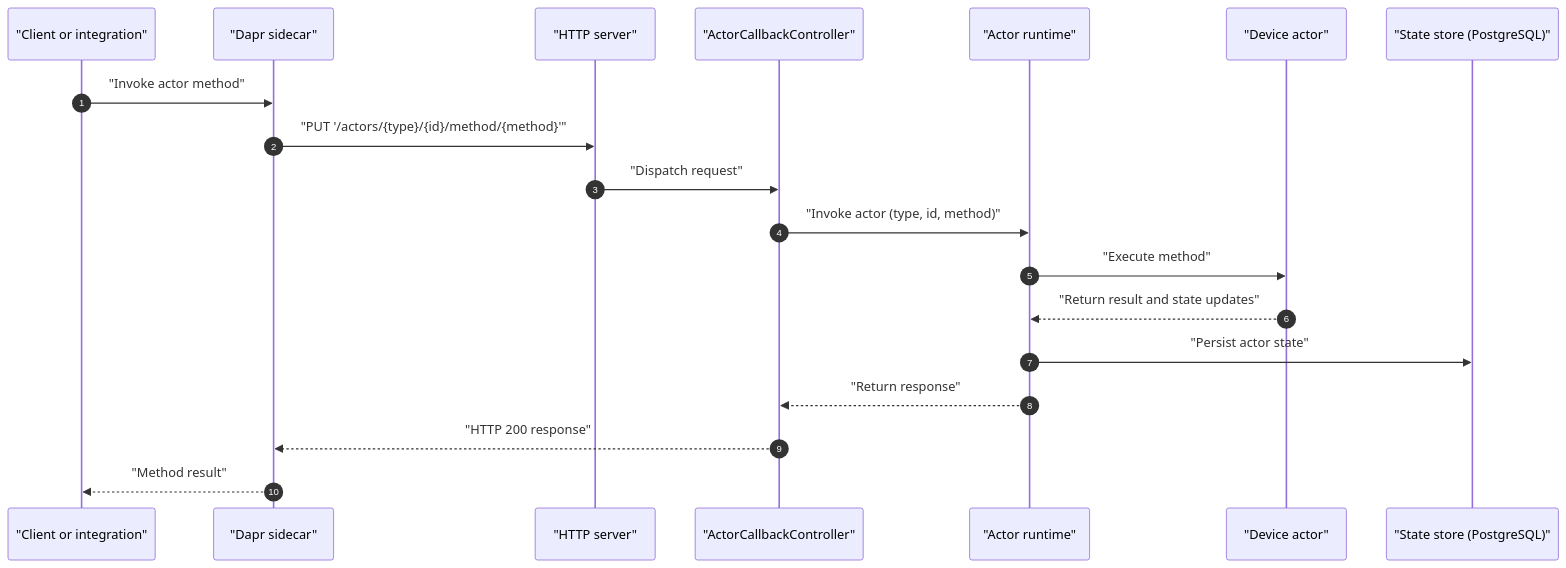
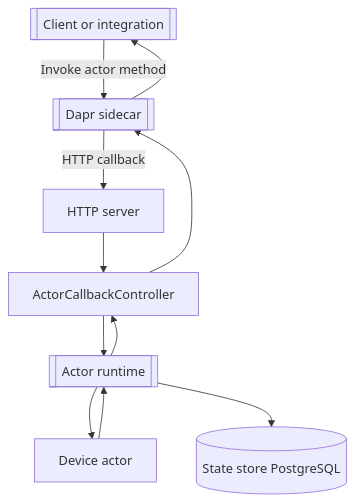
The second of 2 diagrams in app/command-orchestrator/architecture/README.md (sbhrwl/microservices), drawn with Mermaid before and after one commit.

````diff
--- a/app/command-orchestrator/architecture/README.md
+++ b/app/command-orchestrator/architecture/README.md
@@ -79,22 +79,21 @@
 ```mermaid
-sequenceDiagram
-  autonumber
-  participant C as "Client or integration"
-  participant D as "Dapr sidecar"
-  participant H as "HTTP server"
-  participant Ctl as "ActorCallbackController"
-  participant R as "Actor runtime"
-  participant A as "Device actor"
-  participant S as "State store (PostgreSQL)"
+flowchart TD
+  C[[Client or integration]]
+  D[[Dapr sidecar]]
+  H[HTTP server]
+  Ctl[ActorCallbackController]
+  R[[Actor runtime]]
+  A[Device actor]
+  S[(State store PostgreSQL)]
 
-  C->>D: "Invoke actor method"
-  D->>H: "PUT '/actors/{type}/{id}/method/{method}'"
-  H->>Ctl: "Dispatch request"
-  Ctl->>R: "Invoke actor (type, id, method)"
-  R->>A: "Execute method"
-  A-->>R: "Return result and state updates"
-  R->>S: "Persist actor state"
-  R-->>Ctl: "Return response"
-  Ctl-->>D: "HTTP 200 response"
-  D-->>C: "Method result"
+  C -->|Invoke actor method| D
+  D -->|HTTP callback| H
+  H --> Ctl
+  Ctl --> R
+  R --> A
+  A --> R
+  R --> S
+  R --> Ctl
+  Ctl --> D
+  D --> C
 ```
````
